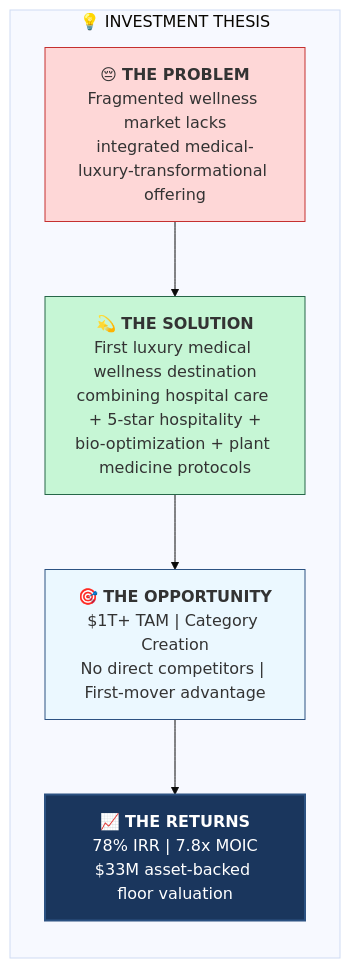
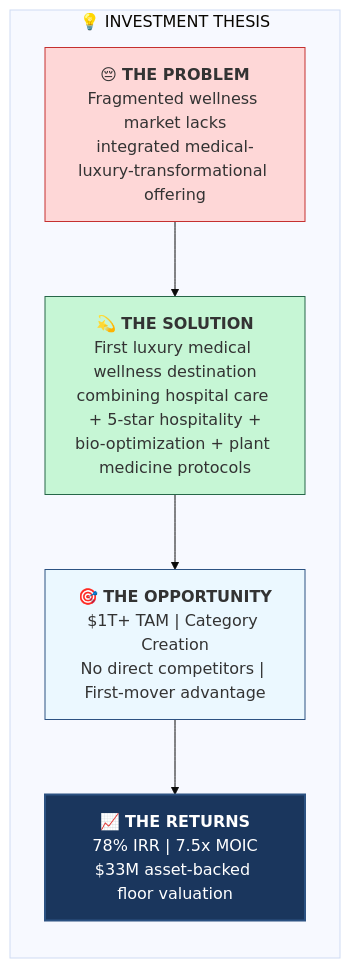
Before and after one commit to Light-Brands/epic-center: the second of 41 diagrams in docs/pitch-packet/AI_VALUATION_REPORT_VISUAL.md, drawn with Mermaid. The commit also changed other lines of this file and 33 other files, not shown here.

````diff
--- a/docs/pitch-packet/AI_VALUATION_REPORT_VISUAL.md
+++ b/docs/pitch-packet/AI_VALUATION_REPORT_VISUAL.md
@@ -84,22 +84,22 @@
 ```mermaid
 %%{init: {'theme': 'base'}}%%
 flowchart TB
     subgraph THESIS["💡 INVESTMENT THESIS"]
         direction TB
 
         PROBLEM["😔 <b>THE PROBLEM</b><br/>Fragmented wellness market lacks<br/>integrated medical-luxury-transformational offering"]
 
         SOLUTION["💫 <b>THE SOLUTION</b><br/>First luxury medical wellness destination<br/>combining hospital care + 5-star hospitality +<br/>bio-optimization + plant medicine protocols"]
 
         OPPORTUNITY["🎯 <b>THE OPPORTUNITY</b><br/>$1T+ TAM | Category Creation<br/>No direct competitors | First-mover advantage"]
 
-        RETURNS["📈 <b>THE RETURNS</b><br/>78% IRR | 7.8x MOIC<br/>$33M asset-backed floor valuation"]
+        RETURNS["📈 <b>THE RETURNS</b><br/>78% IRR | 7.5x MOIC<br/>$33M asset-backed floor valuation"]
 
         PROBLEM --> SOLUTION --> OPPORTUNITY --> RETURNS
     end
 
     style PROBLEM fill:#fed7d7,stroke:#c53030
     style SOLUTION fill:#c6f6d5,stroke:#276749
     style OPPORTUNITY fill:#ebf8ff,stroke:#2c5282
     style RETURNS fill:#1a365d,stroke:#2c5282,stroke-width:2px,color:#fff
 ```
````
